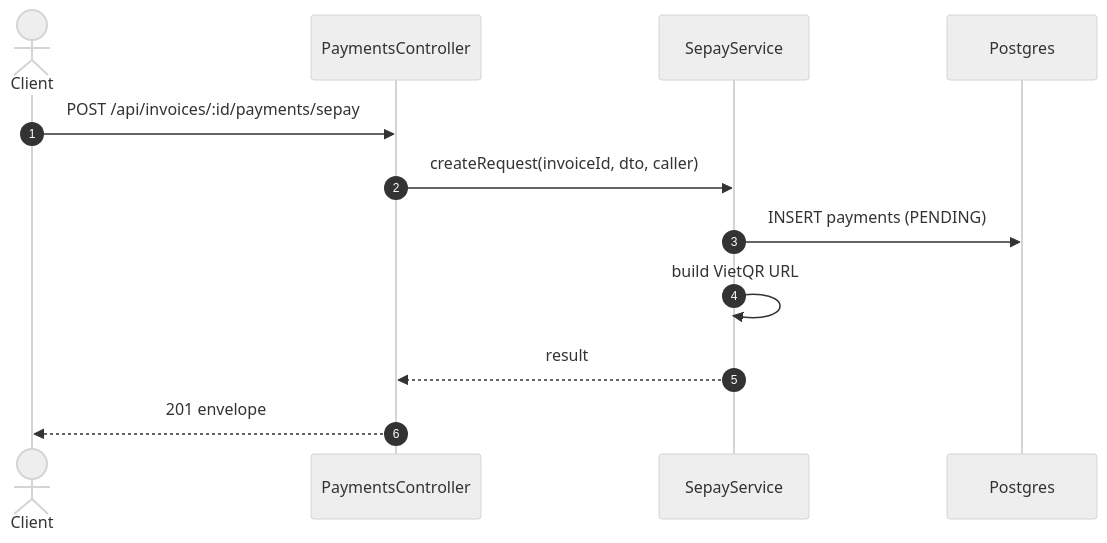
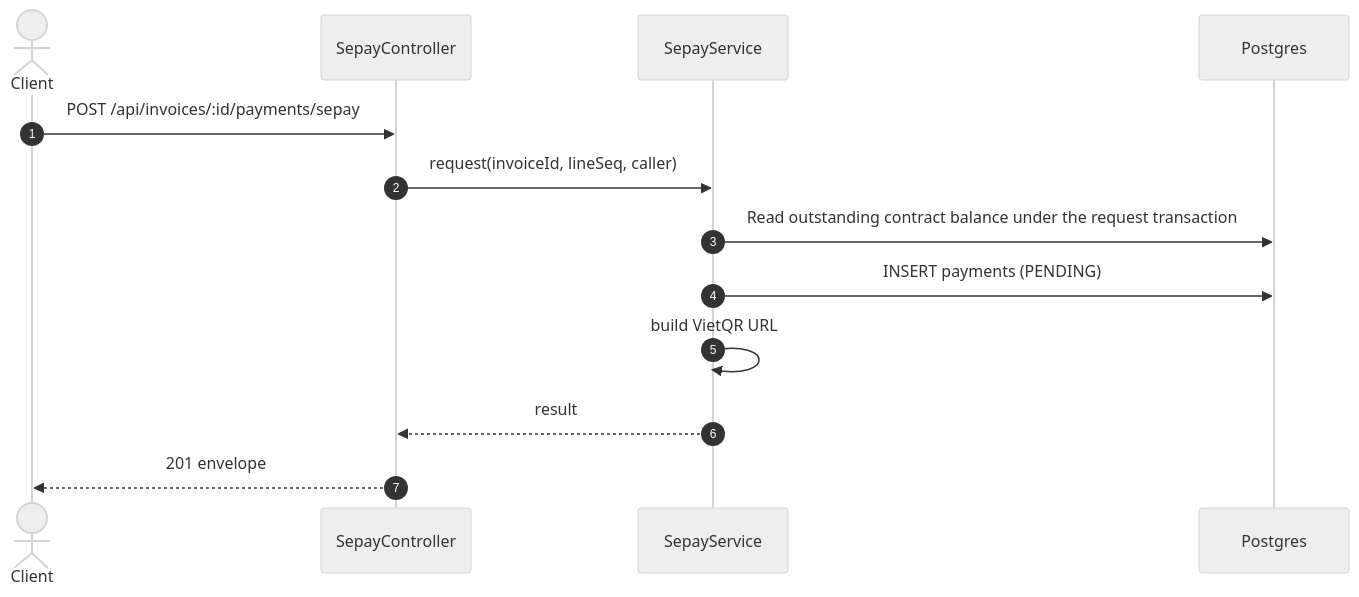
Before and after one commit to TrekLink-Team/treklink-web: the second of 2 diagrams in specs/billing/api-design/11-post-invoices-id-payments-sepay.md, drawn with Mermaid (neutral theme). The commit also changed other lines of this file and 16 other files, not shown here.

````diff
--- a/specs/billing/api-design/11-post-invoices-id-payments-sepay.md
+++ b/specs/billing/api-design/11-post-invoices-id-payments-sepay.md
@@ -217,14 +217,15 @@
 ```mermaid
 sequenceDiagram
     autonumber
     actor C as Client
-    participant Ctl as PaymentsController
+    participant Ctl as SepayController
     participant Svc as SepayService
     participant DB as Postgres
     C->>Ctl: POST /api/invoices/:id/payments/sepay
-    Ctl->>Svc: createRequest(invoiceId, dto, caller)
+    Ctl->>Svc: request(invoiceId, lineSeq, caller)
+    Svc->>DB: Read outstanding contract balance under the request transaction
     Svc->>DB: INSERT payments (PENDING)
     Svc->>Svc: build VietQR URL
     Svc-->>Ctl: result
     Ctl-->>C: 201 envelope
 ```
````
